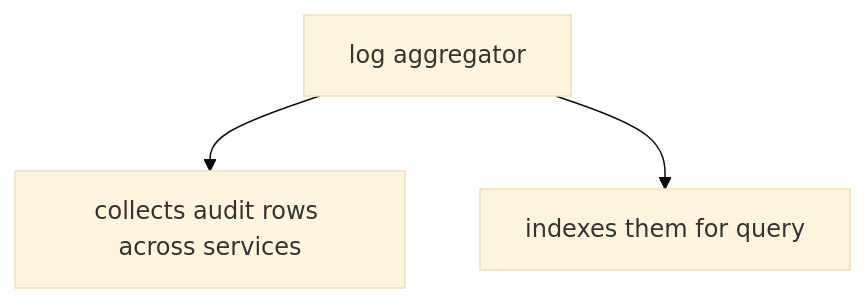
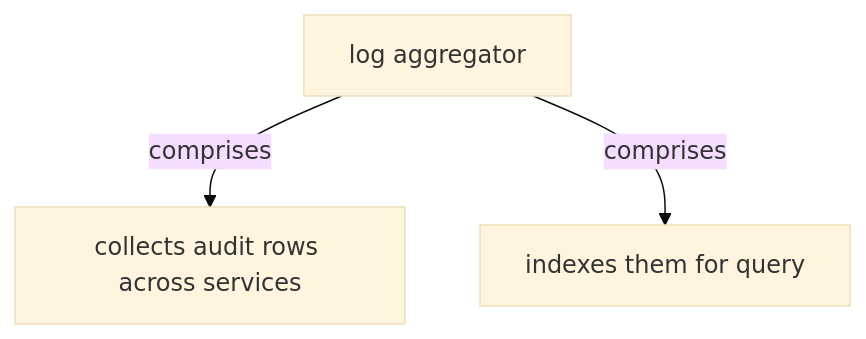
The sixth of 13 diagrams in docs/ch32-audit-logging.md (vinayakuber/microservices-io-study-guide), drawn with Mermaid (base theme) before and after one commit. The commit also changed other lines of this file and 71 other files, not shown here.

First line of the commit message:
R18: label every diagram arrow with its meaning

````diff
--- a/docs/ch32-audit-logging.md
+++ b/docs/ch32-audit-logging.md
@@ -193,6 +193,6 @@
 ```mermaid
 flowchart TD
   R["log aggregator"]
-  R --> P0["collects audit rows across services"]
-  R --> P1["indexes them for query"]
+  R -->|"comprises"| P0["collects audit rows across services"]
+  R -->|"comprises"| P1["indexes them for query"]
 ```
````
